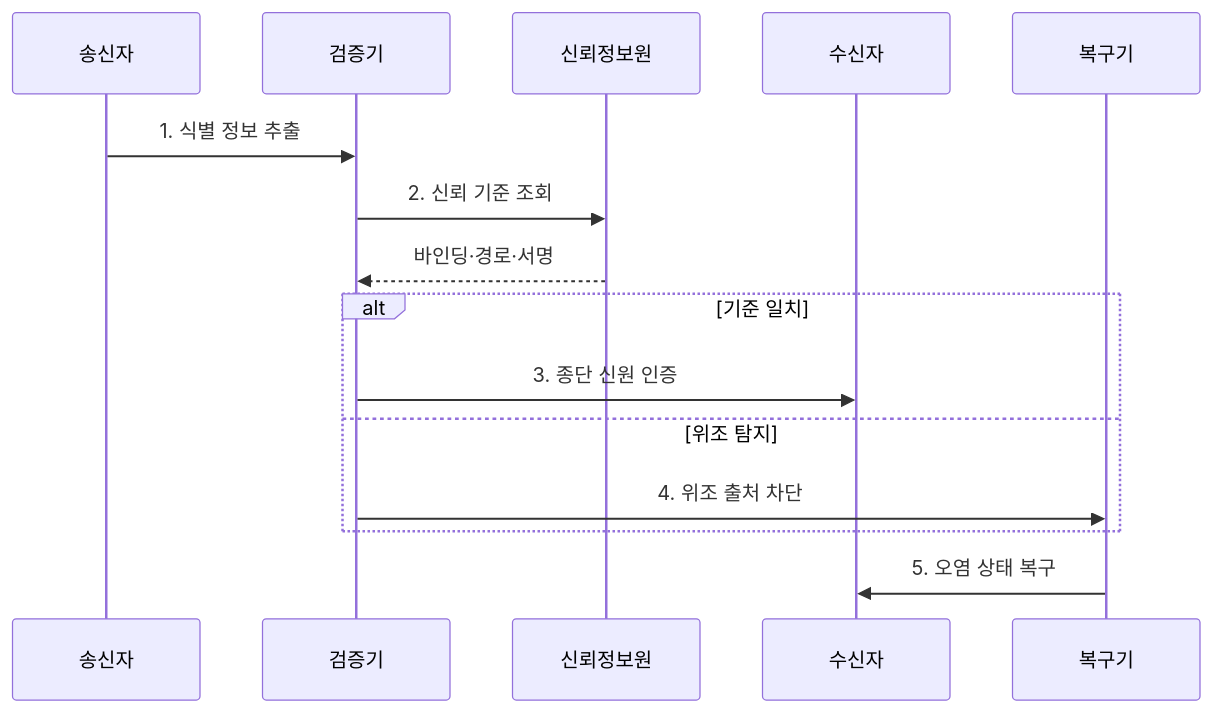
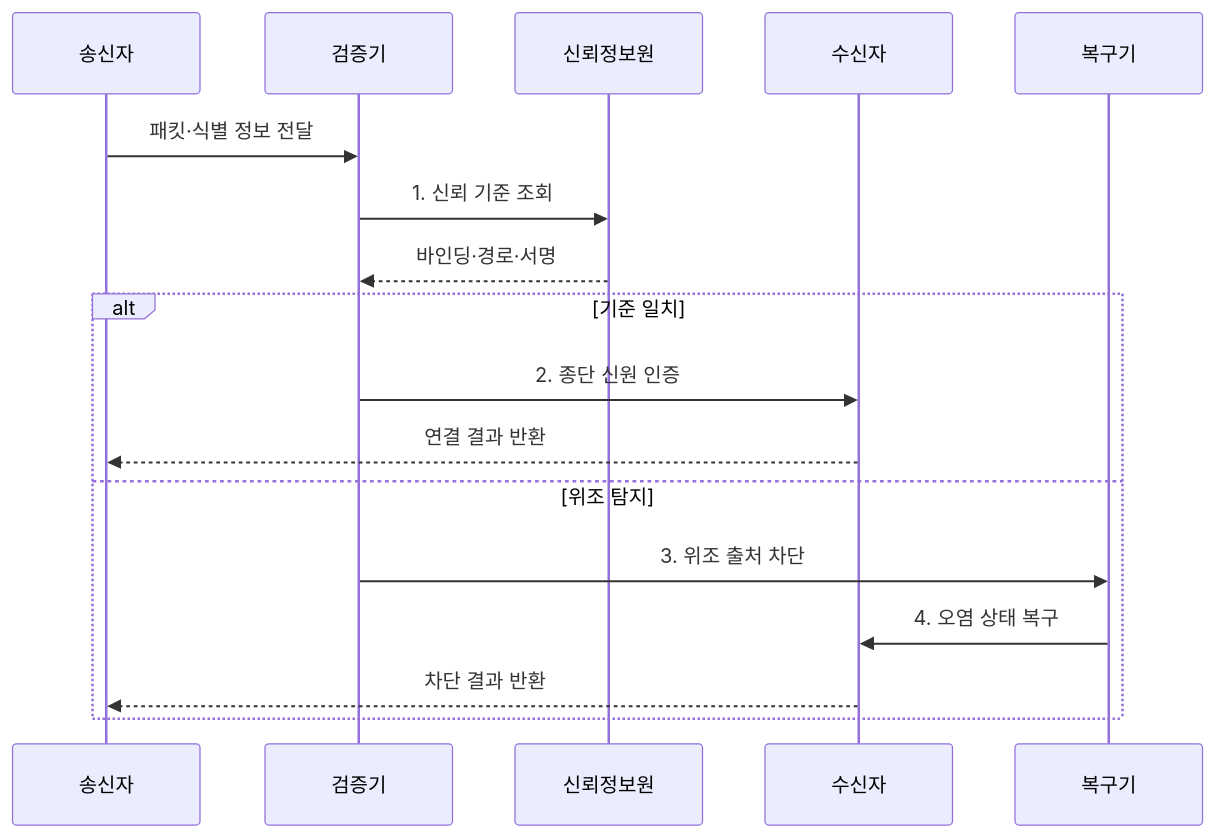
Before and after one commit to agnusdei1207/knowledge-base: the second of 2 diagrams in src/content/docs/notes/04-network/086_network_spoofing.md, drawn with Mermaid. The commit also changed other lines of this file and 20 other files, not shown here.

````diff
--- a/src/content/docs/notes/04-network/086_network_spoofing.md
+++ b/src/content/docs/notes/04-network/086_network_spoofing.md
@@ -76,17 +84,19 @@
 ```mermaid
 sequenceDiagram
     participant 송신자
     participant 검증기
     participant 신뢰정보원
     participant 수신자
     participant 복구기
-    송신자->>검증기: 1. 식별 정보 추출
-    검증기->>신뢰정보원: 2. 신뢰 기준 조회
+    송신자->>검증기: 패킷·식별 정보 전달
+    검증기->>신뢰정보원: 1. 신뢰 기준 조회
     신뢰정보원-->>검증기: 바인딩·경로·서명
     alt 기준 일치
-        검증기->>수신자: 3. 종단 신원 인증
+        검증기->>수신자: 2. 종단 신원 인증
+        수신자-->>송신자: 연결 결과 반환
     else 위조 탐지
-        검증기->>복구기: 4. 위조 출처 차단
+        검증기->>복구기: 3. 위조 출처 차단
+        복구기->>수신자: 4. 오염 상태 복구
+        수신자-->>송신자: 차단 결과 반환
     end
-    복구기->>수신자: 5. 오염 상태 복구
 ```
````
